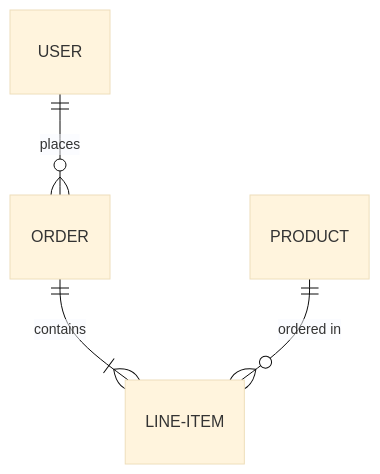
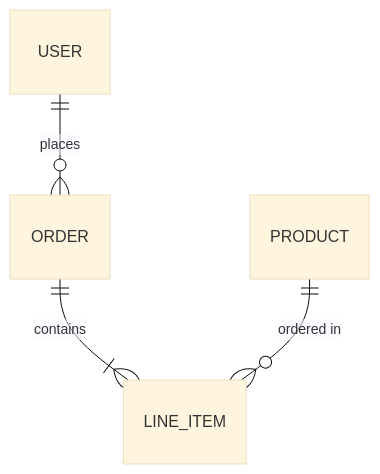
Before and after one commit to CaostGrace/project-arch-reverse: the seventh of 8 diagrams in references/template.md, drawn with Mermaid (base theme). The commit also changed other lines of this file and 2 other files, not shown here.

Commit message:
fix: 修复 Mermaid 流程图语法错误
- ER 图实体名 LINE-ITEM → LINE_ITEM，避免连字符与关系语法冲突
- 图表方向描述 flowchart TB/SUB → flowchart TB（SUB 非合法方向）
- 统一将弃用的 graph TD 替换为 flowchart TD
- 修正 ER 关系符号表（o{}--o{} → }o--o{，; --\\|{ →; --|{）
- 增加 ER 图实体名不能含连字符的警告

````diff
--- a/references/template.md
+++ b/references/template.md
@@ -231,6 +231,6 @@
 ```mermaid
 erDiagram
     USER ||--o{ ORDER : places
-    ORDER ||--|{ LINE-ITEM : contains
-    PRODUCT ||--o{ LINE-ITEM : "ordered in"
+    ORDER ||--|{ LINE_ITEM : contains
+    PRODUCT ||--o{ LINE_ITEM : "ordered in"
 ```
````
